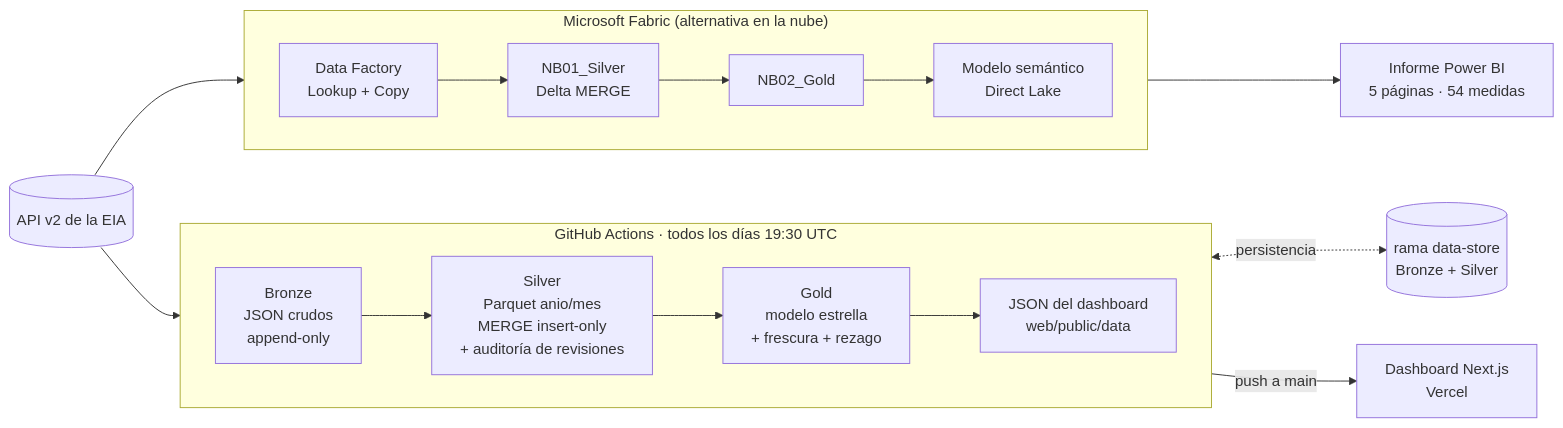
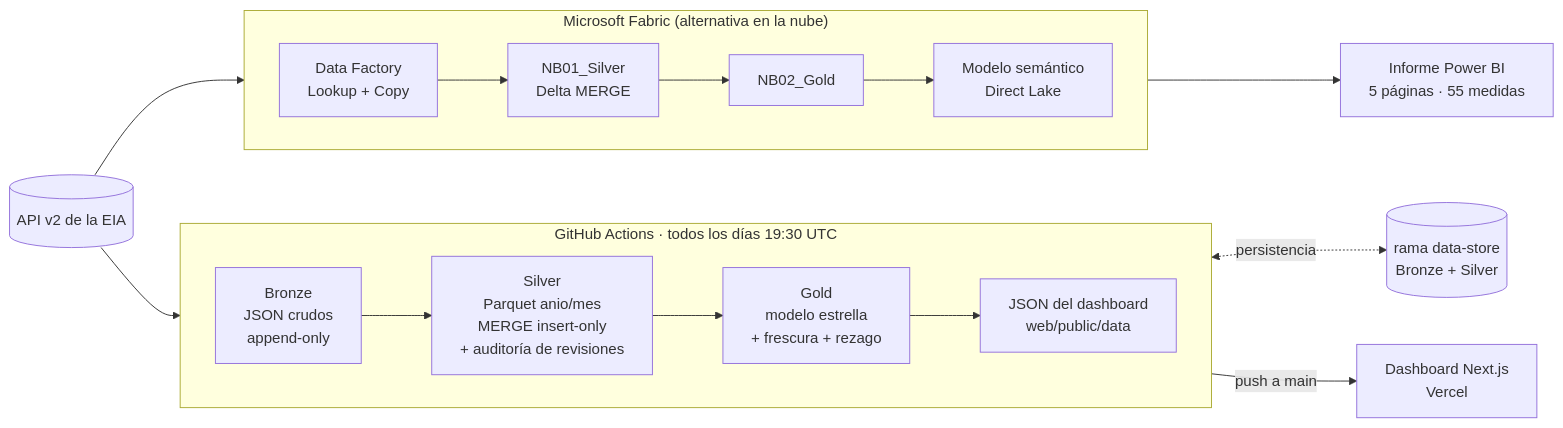
Before and after one commit to licgermancardenas-crypto/ENERGIA-EEUU: the diagram in README.md, drawn with Mermaid. The commit also changed other lines of this file and 37 other files, not shown here.

````diff
--- a/README.md
+++ b/README.md
@@ -44,30 +44,30 @@
 ```mermaid
 flowchart LR
     EIA[("API v2 de la EIA")]
 
     subgraph GH["GitHub Actions · todos los días 19:30 UTC"]
         direction LR
         B["Bronze<br/>JSON crudos<br/>append-only"]
         S["Silver<br/>Parquet anio/mes<br/>MERGE insert-only<br/>+ auditoría de revisiones"]
         G["Gold<br/>modelo estrella<br/>+ frescura + rezago"]
         J["JSON del dashboard<br/>web/public/data"]
         B --> S --> G --> J
     end
 
     DS[("rama data-store<br/>Bronze + Silver")]
     V["Dashboard Next.js<br/>Vercel"]
 
     subgraph FAB["Microsoft Fabric (alternativa en la nube)"]
         direction LR
         CP["Data Factory<br/>Lookup + Copy"] --> NB1["NB01_Silver<br/>Delta MERGE"] --> NB2["NB02_Gold"]
         NB2 --> SM["Modelo semántico<br/>Direct Lake"]
     end
 
-    PBI["Informe Power BI<br/>5 páginas · 54 medidas"]
+    PBI["Informe Power BI<br/>5 páginas · 55 medidas"]
 
     EIA --> B
     S <-.persistencia.-> DS
     J -->|push a main| V
     EIA --> CP
     SM --> PBI
 ```
````
